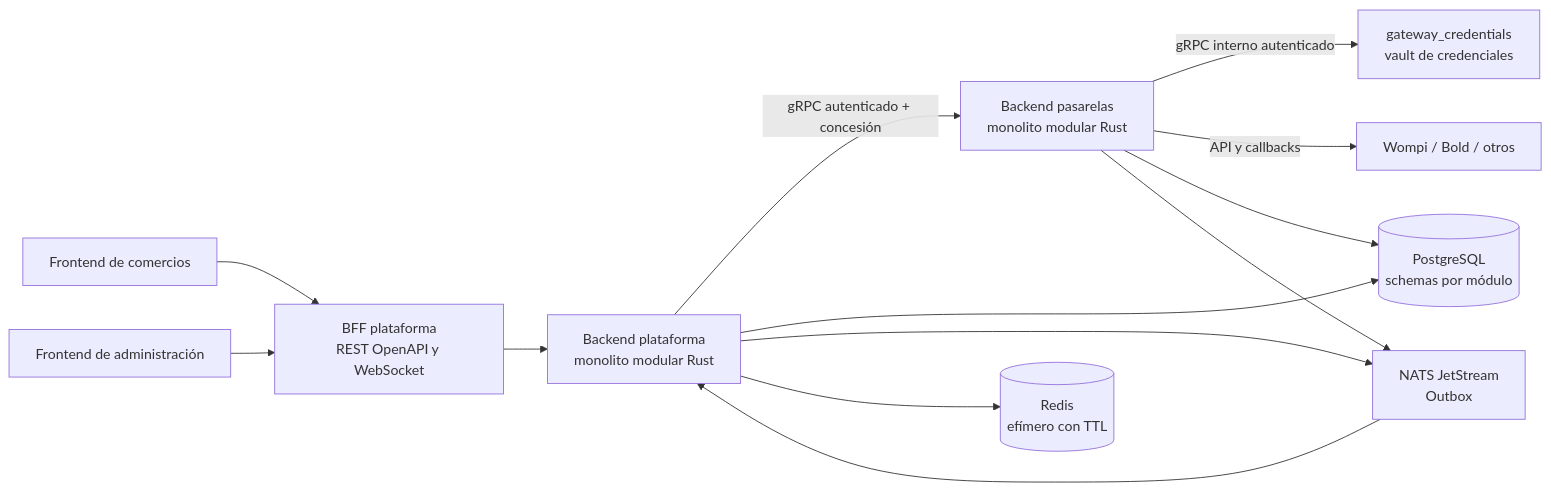
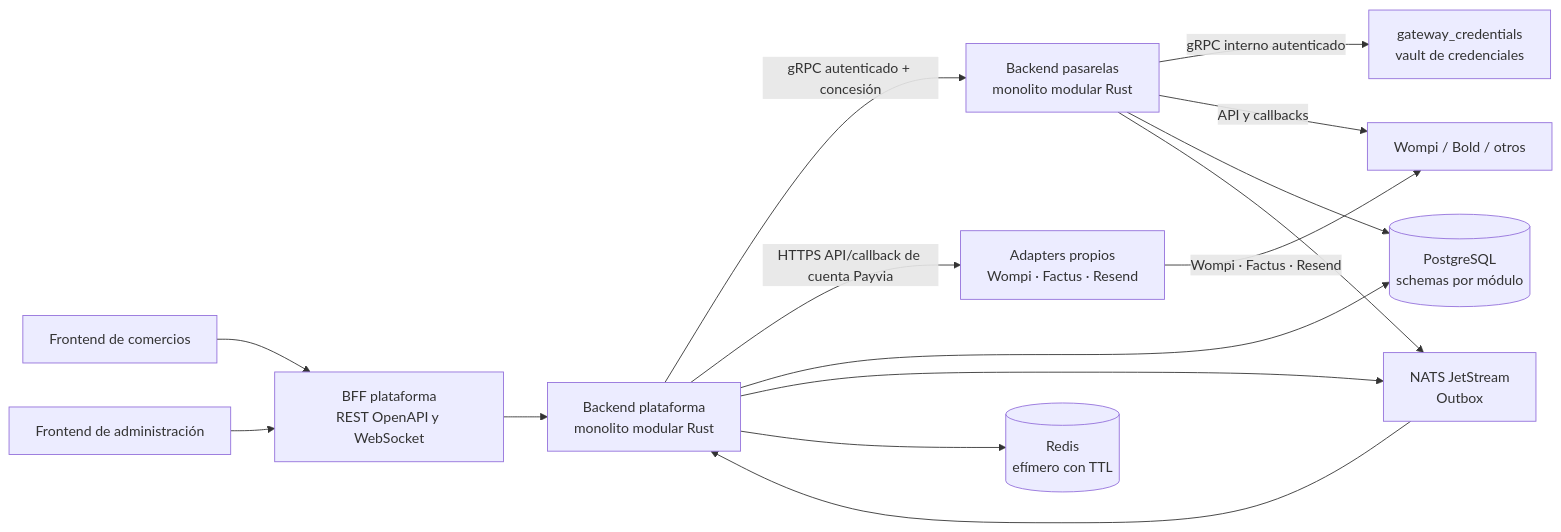
The diagram in README.md (programadorkevinsvega-sys/Ruta-pay), drawn with Mermaid before and after one commit. The commit also changed other lines of this file and 14 other files, not shown here.

Commit message:
docs: define platform-owned Wompi Factus and Resend adapters

````diff
--- a/README.md
+++ b/README.md
@@ -40,25 +41,28 @@
 ```mermaid
 flowchart LR
     Merchant[Frontend de comercios]
     Admin[Frontend de administración]
     BFF[BFF plataforma<br/>REST OpenAPI y WebSocket]
     Platform[Backend plataforma<br/>monolito modular Rust]
+    PlatformProviders[Adapters propios<br/>Wompi · Factus · Resend]
     Gateway[Backend pasarelas<br/>monolito modular Rust]
     Vault[gateway_credentials<br/>vault de credenciales]
     Provider[Wompi / Bold / otros]
     PG[(PostgreSQL<br/>schemas por módulo)]
     NATS[NATS JetStream<br/>Outbox]
     Redis[(Redis<br/>efímero con TTL)]
     Merchant --> BFF
     Admin --> BFF
     BFF --> Platform
     Platform -->|gRPC autenticado + concesión| Gateway
+    Platform -->|HTTPS API/callback de cuenta Payvia| PlatformProviders
+    PlatformProviders -->|Wompi · Factus · Resend| Provider
     Gateway -->|gRPC interno autenticado| Vault
     Gateway -->|API y callbacks| Provider
     Platform --> PG
     Gateway --> PG
     Platform --> NATS
     Gateway --> NATS
     NATS --> Platform
     Platform --> Redis
 ```
````
